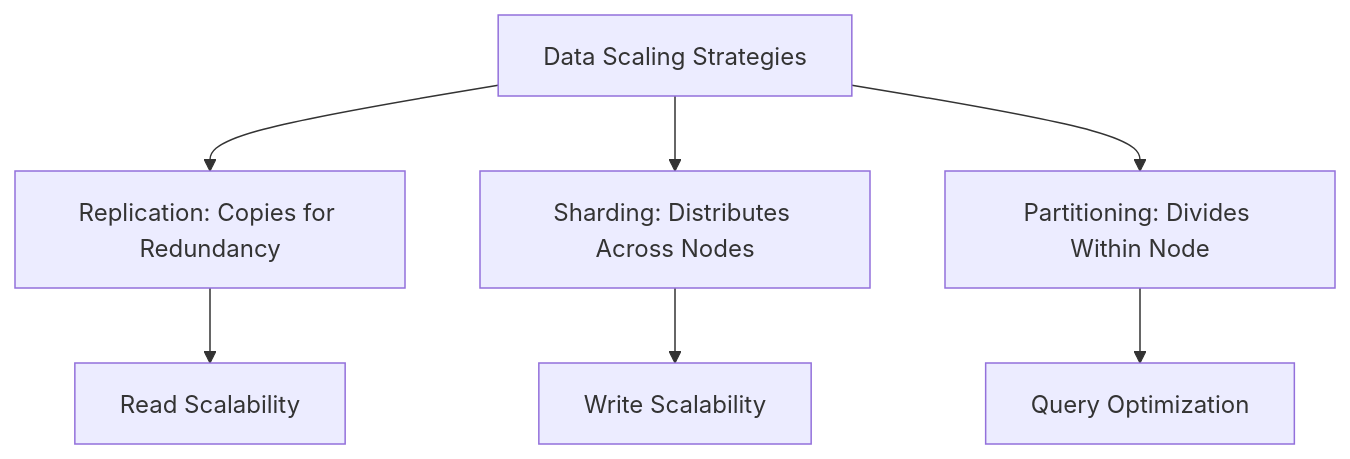
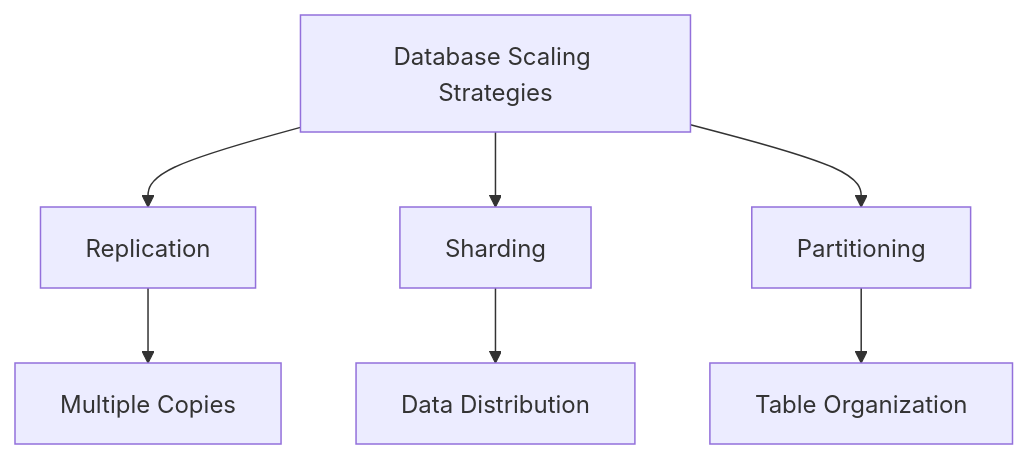
One commit to VrushankPatel/interview-matters changed the diagram in replication-vs-sharding-vs-partitioning/README.md. Above: the diagram before and after it, drawn with Mermaid. The commit also changed other lines of this file and 2 other files, not shown here.

Commit message:
kb: add/update topics LLD HLD Basics, Replication vs Sharding vs Partitioning, Caching, Latency and Throughput Zero to Hero, Monitoring and Logging

````diff
--- a/replication-vs-sharding-vs-partitioning/README.md
+++ b/replication-vs-sharding-vs-partitioning/README.md
@@ -52,9 +81,9 @@
 ```mermaid
 graph TD
-    A[Data Scaling Strategies] --> B[Replication: Copies for Redundancy]
-    A --> C[Sharding: Distributes Across Nodes]
-    A --> D[Partitioning: Divides Within Node]
-    B --> E[Read Scalability]
-    C --> F[Write Scalability]
-    D --> G[Query Optimization]
+    A[Database Scaling Strategies] --> B[Replication]
+    A --> C[Sharding]
+    A --> D[Partitioning]
+    B --> E[Multiple Copies]
+    C --> F[Data Distribution]
+    D --> G[Table Organization]
 ```
````
